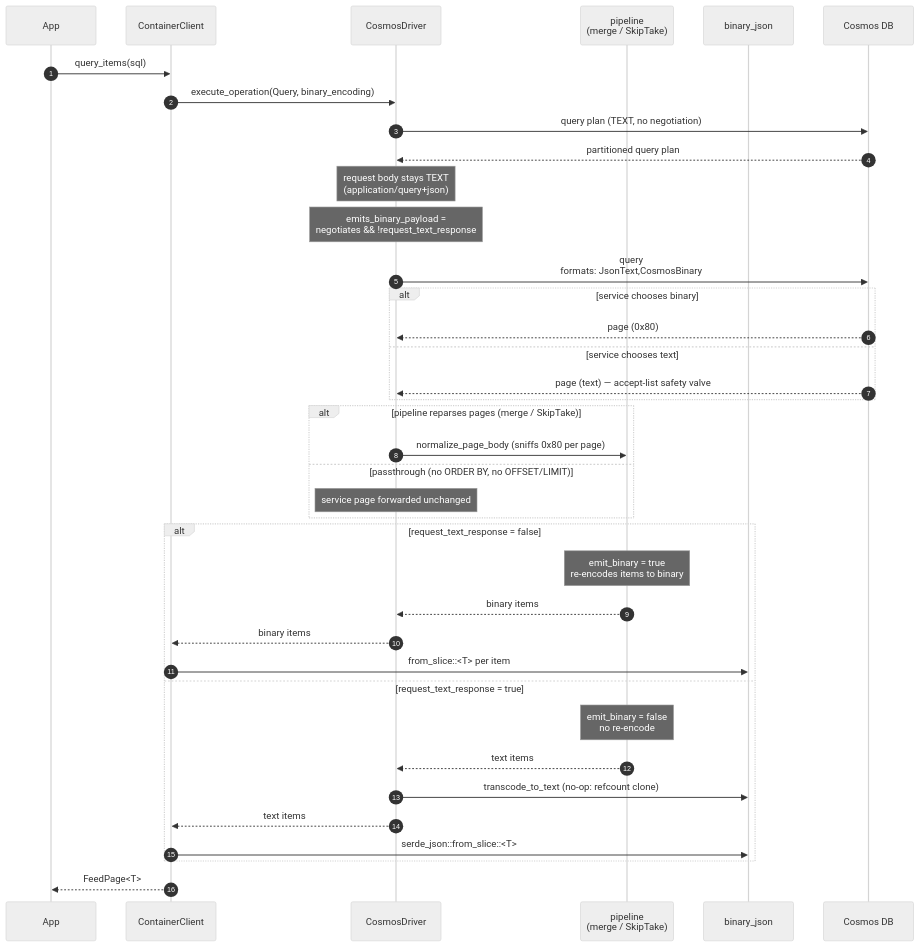
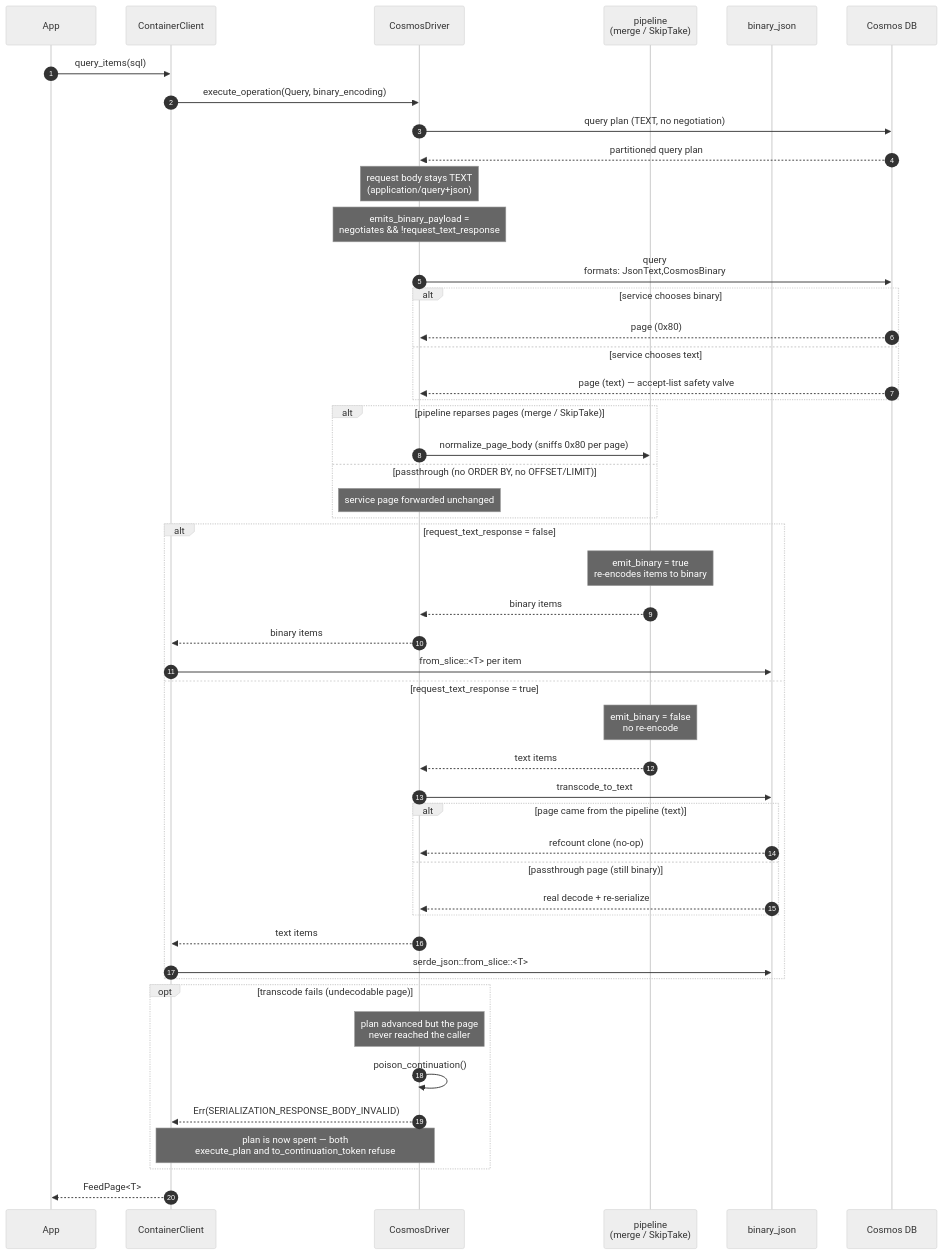
Before and after one commit to Azure/azure-sdk-for-rust: the seventh of 7 diagrams in sdk/cosmos/azure_data_cosmos_driver/docs/BINARY_ENCODING_HLD.md, drawn with Mermaid (neutral theme). The commit also changed other lines of this file and 1 other file, not shown here.

First line of the commit message:
Cosmos: document the query poison path in the HLD

````diff
--- a/sdk/cosmos/azure_data_cosmos_driver/docs/BINARY_ENCODING_HLD.md
+++ b/sdk/cosmos/azure_data_cosmos_driver/docs/BINARY_ENCODING_HLD.md
@@ -342,47 +412,59 @@
 ```mermaid
 sequenceDiagram
     autonumber
     participant App
     participant SDK as ContainerClient
     participant DRV as CosmosDriver
     participant PIPE as pipeline<br/>(merge / SkipTake)
     participant Cod as binary_json
     participant Svc as Cosmos DB
 
     App->>SDK: query_items(sql)
     SDK->>DRV: execute_operation(Query, binary_encoding)
 
     DRV->>Svc: query plan (TEXT, no negotiation)
     Svc-->>DRV: partitioned query plan
 
     Note over DRV: request body stays TEXT<br/>(application/query+json)
     Note over DRV: emits_binary_payload =<br/>negotiates && !request_text_response
 
     DRV->>Svc: query<br/>formats: JsonText,CosmosBinary
     alt service chooses binary
         Svc-->>DRV: page (0x80)
     else service chooses text
         Svc-->>DRV: page (text) — accept-list safety valve
     end
 
     alt pipeline reparses pages (merge / SkipTake)
         DRV->>PIPE: normalize_page_body (sniffs 0x80 per page)
     else passthrough (no ORDER BY, no OFFSET/LIMIT)
         Note over DRV: service page forwarded unchanged
     end
 
     alt request_text_response = false
         Note over PIPE: emit_binary = true<br/>re-encodes items to binary
         PIPE-->>DRV: binary items
         DRV-->>SDK: binary items
         SDK->>Cod: from_slice::<T> per item
     else request_text_response = true
         Note over PIPE: emit_binary = false<br/>no re-encode
         PIPE-->>DRV: text items
-        DRV->>Cod: transcode_to_text (no-op: refcount clone)
+        DRV->>Cod: transcode_to_text
+        alt page came from the pipeline (text)
+            Cod-->>DRV: refcount clone (no-op)
+        else passthrough page (still binary)
+            Cod-->>DRV: real decode + re-serialize
+        end
         DRV-->>SDK: text items
         SDK->>Cod: serde_json::from_slice::<T>
     end
 
+    opt transcode fails (undecodable page)
+        Note over DRV: plan advanced but the page<br/>never reached the caller
+        DRV->>DRV: poison_continuation()
+        DRV-->>SDK: Err(SERIALIZATION_RESPONSE_BODY_INVALID)
+        Note over SDK,DRV: plan is now spent — both<br/>execute_plan and to_continuation_token refuse
+    end
+
     SDK-->>App: FeedPage<T>
 ```
````
